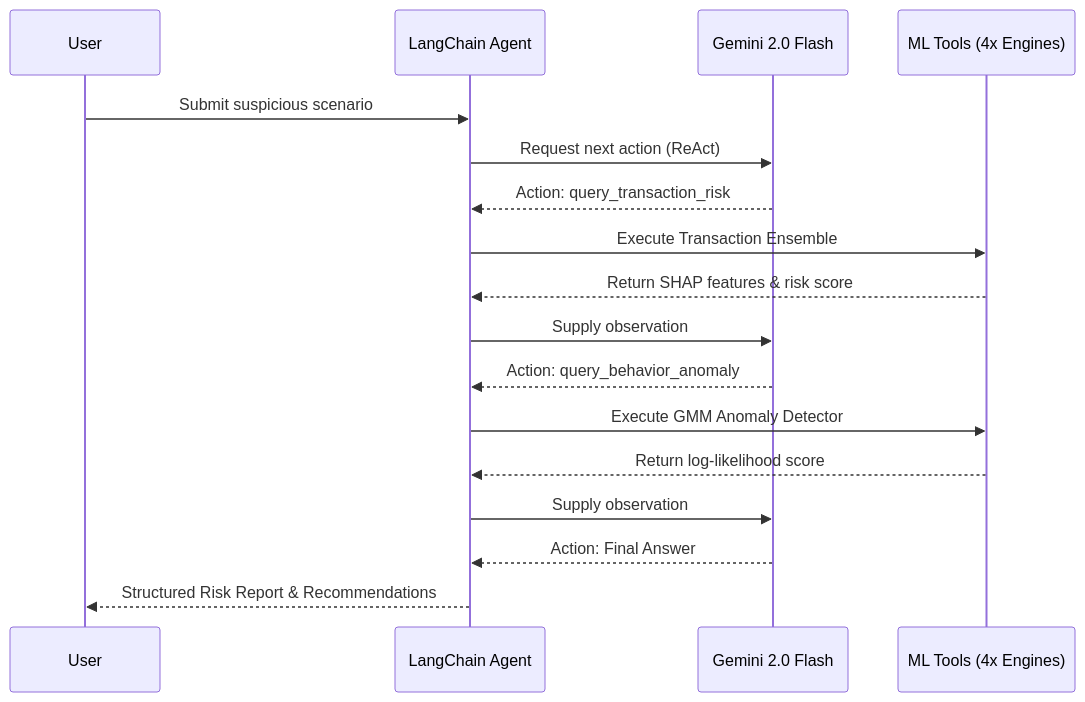
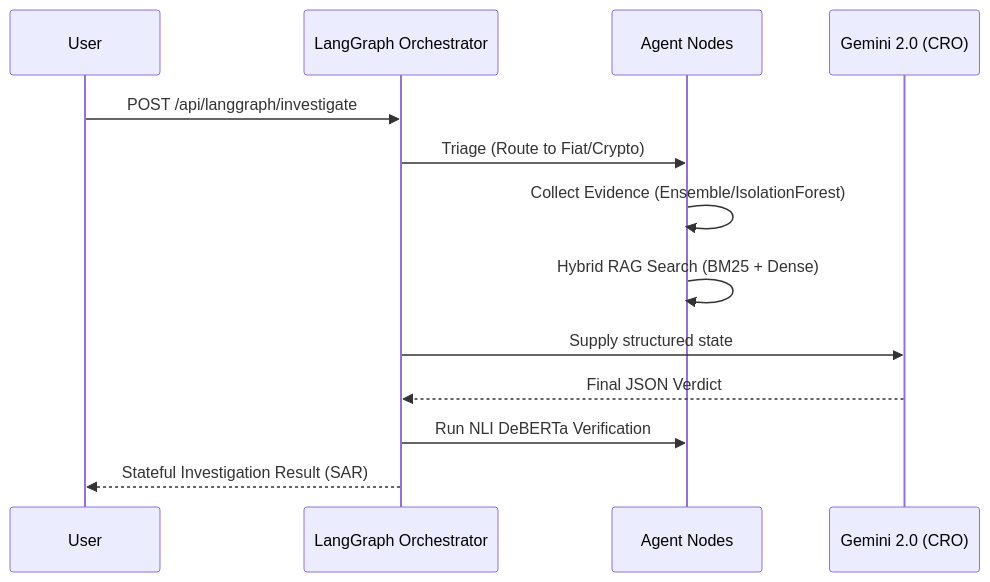
The second of 2 diagrams in README.md (darkphoenix2208/Verifi), drawn with Mermaid before and after one commit. The commit also changed other lines of this file, not shown here.

Commit message:
docs: update README with LangGraph architecture and Heavy ML (NLI, RAG, GraphML) pipelines

````diff
--- a/README.md
+++ b/README.md
@@ -76,20 +91,16 @@
 ```mermaid
 sequenceDiagram
     participant User
-    participant Agent as LangChain Agent
-    participant Gemini as Gemini 2.0 Flash
-    participant ML as ML Tools (4x Engines)
+    participant Graph as LangGraph Orchestrator
+    participant Nodes as Agent Nodes
+    participant Gemini as Gemini 2.0 (CRO)
     
-    User->>Agent: Submit suspicious scenario
-    Agent->>Gemini: Request next action (ReAct)
-    Gemini-->>Agent: Action: query_transaction_risk
-    Agent->>ML: Execute Transaction Ensemble
-    ML-->>Agent: Return SHAP features & risk score
-    Agent->>Gemini: Supply observation
-    Gemini-->>Agent: Action: query_behavior_anomaly
-    Agent->>ML: Execute GMM Anomaly Detector
-    ML-->>Agent: Return log-likelihood score
-    Agent->>Gemini: Supply observation
-    Gemini-->>Agent: Action: Final Answer
-    Agent-->>User: Structured Risk Report & Recommendations
+    User->>Graph: POST /api/langgraph/investigate
+    Graph->>Nodes: Triage (Route to Fiat/Crypto)
+    Nodes->>Nodes: Collect Evidence (Ensemble/IsolationForest)
+    Nodes->>Nodes: Hybrid RAG Search (BM25 + Dense)
+    Graph->>Gemini: Supply structured state
+    Gemini-->>Graph: Final JSON Verdict
+    Graph->>Nodes: Run NLI DeBERTa Verification
+    Graph-->>User: Stateful Investigation Result (SAR)
 ```
````
